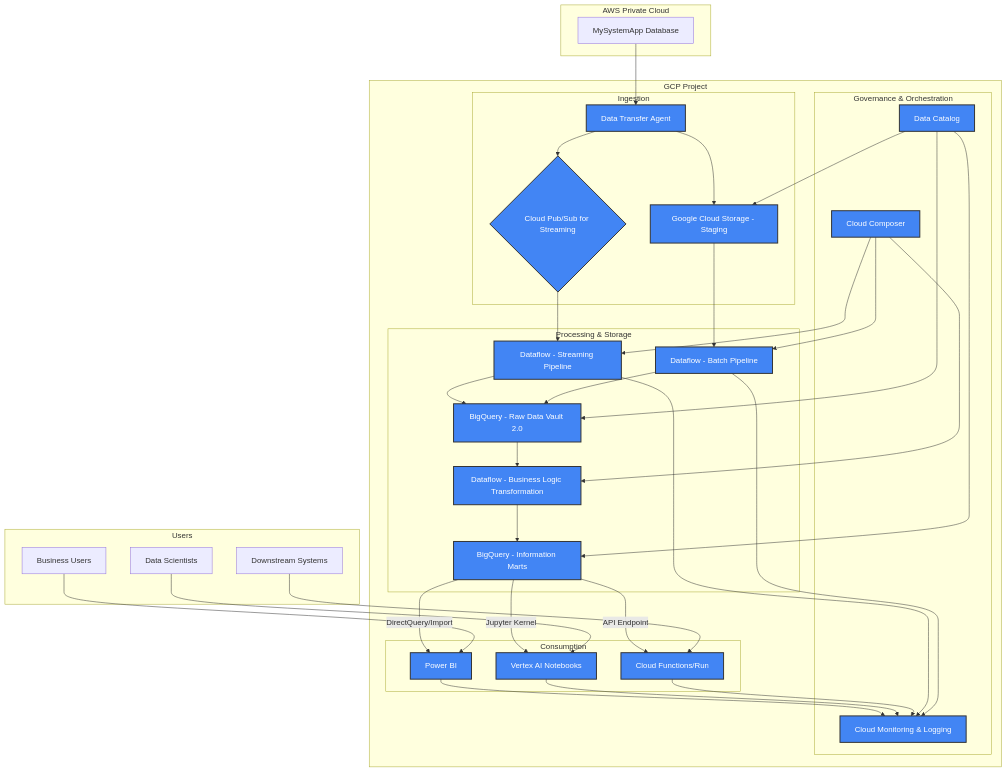
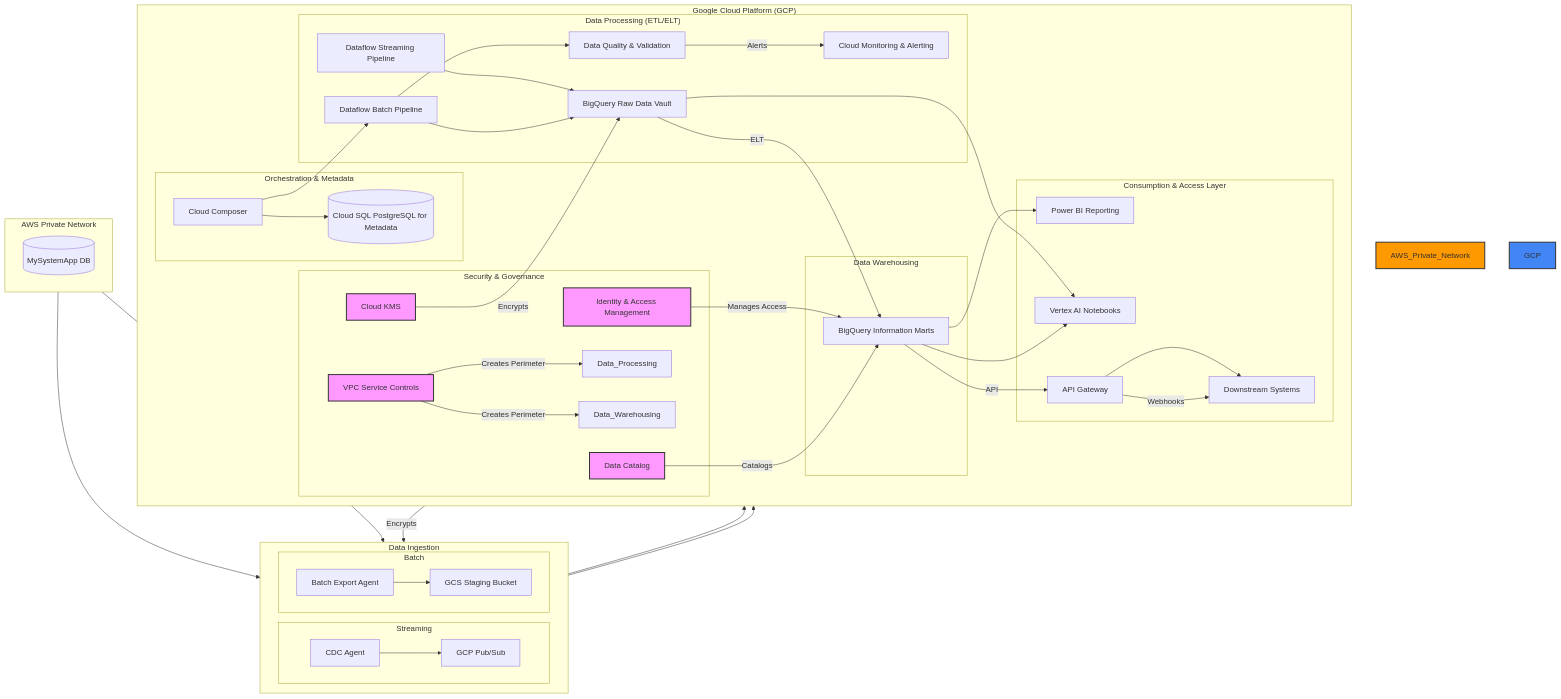
The first of 3 diagrams in README.md (hulkamaphone/terraform_documenter), drawn with Mermaid before and after one commit. The commit also changed other lines of this file, not shown here.

````diff
--- a/README.md
+++ b/README.md
@@ -110,53 +137,68 @@
 ```mermaid
 graph TD
-    subgraph AWS Private Cloud
-        A[MySystemApp Database]
+    subgraph "AWS Private Network"
+        direction LR
+        MySystemAppDB[(MySystemApp DB)]
     end
 
-    subgraph GCP Project
-        subgraph Ingestion
-            B[Data Transfer Agent] --> C{Cloud Pub/Sub for Streaming};
-            A --> B;
-            B --> D[Google Cloud Storage - Staging];
+    subgraph "Data Ingestion"
+        direction LR
+        subgraph "Streaming"
+            AWS_CDC_Agent[CDC Agent] --> PubSub[GCP Pub/Sub]
         end
-
-        subgraph Processing & Storage
-            C --> E[Dataflow - Streaming Pipeline];
-            D --> F[Dataflow - Batch Pipeline];
-            E --> G[BigQuery - Raw Data Vault 2.0];
-            F --> G;
-            G --> H[Dataflow - Business Logic Transformation];
-            H --> I[BigQuery - Information Marts];
-        end
-
-        subgraph Consumption
-            I -- DirectQuery/Import --> J[Power BI];
-            I -- Jupyter Kernel --> K[Vertex AI Notebooks];
-            I -- API Endpoint --> L[Cloud Functions/Run];
-        end
-
-        subgraph Governance & Orchestration
-            M[Cloud Composer] --> E;
-            M --> F;
-            M --> H;
-            N[Data Catalog] --> D;
-            N --> G;
-            N --> I;
-            O[Cloud Monitoring & Logging]:::gcp;
-            J --> O;
-            K --> O;
-            L --> O;
-            E --> O;
-            F --> O;
+        subgraph "Batch"
+            AWS_Batch_Agent[Batch Export Agent] --> GCS_Staging[GCS Staging Bucket]
         end
     end
 
-    subgraph Users
-        P[Business Users] --> J;
-        Q[Data Scientists] --> K;
-        R[Downstream Systems] --> L;
+    subgraph "Google Cloud Platform (GCP)"
+        direction LR
+        subgraph "Data Processing (ETL/ELT)"
+            PubSub --> Dataflow_Stream[Dataflow Streaming Pipeline]
+            GCS_Staging --> Dataflow_Batch[Dataflow Batch Pipeline]
+            Dataflow_Stream --> BQ_DataVault[BigQuery Raw Data Vault]
+            Dataflow_Batch --> BQ_DataVault
+            Dataflow_Batch --> Data_Quality[Data Quality & Validation]
+            Data_Quality -- Alerts --> Monitoring[Cloud Monitoring & Alerting]
+        end
+
+        subgraph "Data Warehousing"
+            BQ_DataVault -- ELT --> BQ_InfoMarts[BigQuery Information Marts]
+        end
+
+        subgraph "Orchestration & Metadata"
+            Composer[Cloud Composer] --> Dataflow_Batch
+            CloudSQL[(Cloud SQL PostgreSQL for Metadata)]
+            Composer --> CloudSQL
+        end
+
+        subgraph "Consumption & Access Layer"
+            BQ_InfoMarts --> PowerBI[Power BI Reporting]
+            BQ_DataVault --> VertexAI[Vertex AI Notebooks]
+            BQ_InfoMarts --> VertexAI
+            BQ_InfoMarts -- API --> APIGateway[API Gateway]
+            APIGateway --> Downstream_Systems[Downstream Systems]
+            APIGateway -- Webhooks --> Downstream_Systems
+        end
+
+        subgraph "Security & Governance"
+            IAM[Identity & Access Management]:::sec
+            KMS[Cloud KMS]:::sec
+            VPC_SC[VPC Service Controls]:::sec
+            Data_Catalog[Data Catalog]:::sec
+            IAM -- Manages Access --> BQ_InfoMarts
+            KMS -- Encrypts --> GCS_Staging
+            KMS -- Encrypts --> BQ_DataVault
+            VPC_SC -- Creates Perimeter --> Data_Processing
+            VPC_SC -- Creates Perimeter --> Data_Warehousing
+            Data_Catalog -- Catalogs --> BQ_InfoMarts
+        end
     end
 
-    classDef gcp fill:#4285F4,stroke:#333,stroke-width:2px,color:#fff;
-    class B,C,D,E,F,G,H,I,J,K,L,M,N gcp;
+    MySystemAppDB --> AWS_CDC_Agent
+    MySystemAppDB --> AWS_Batch_Agent
+
+    style AWS_Private_Network fill:#FF9900,stroke:#333,stroke-width:2px
+    style GCP fill:#4285F4,stroke:#333,stroke-width:2px
+    classDef sec fill:#f9f,stroke:#333,stroke-width:2px
 ```
````
